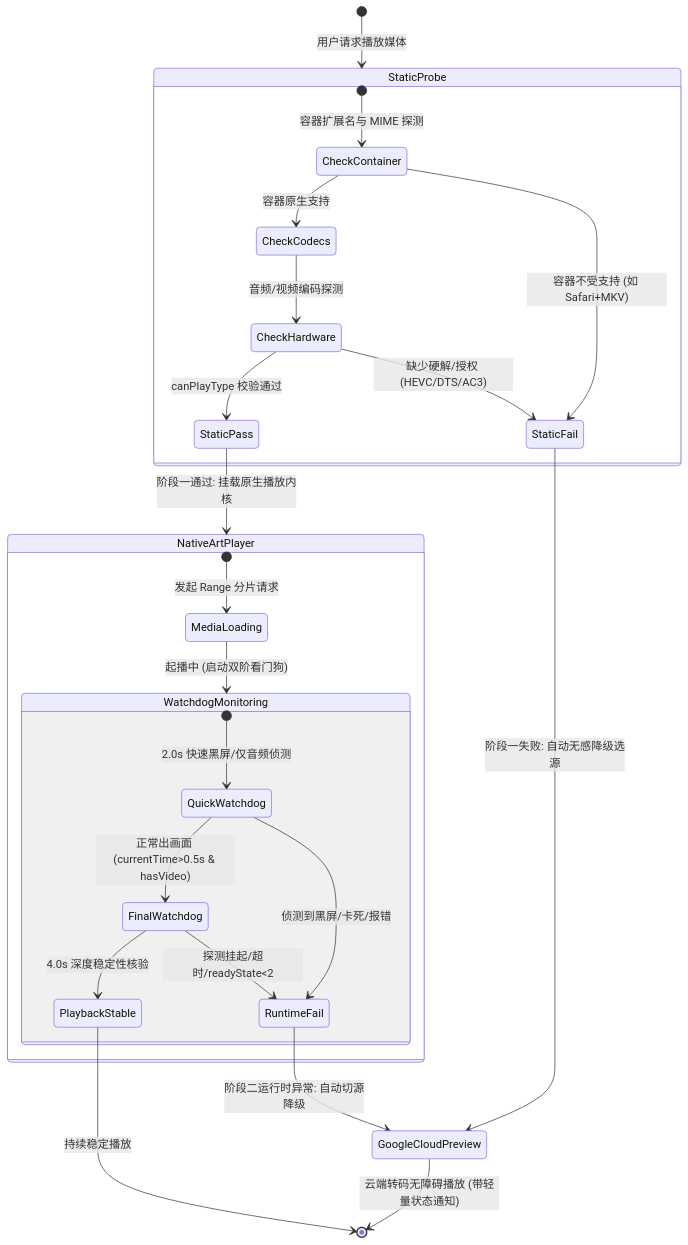
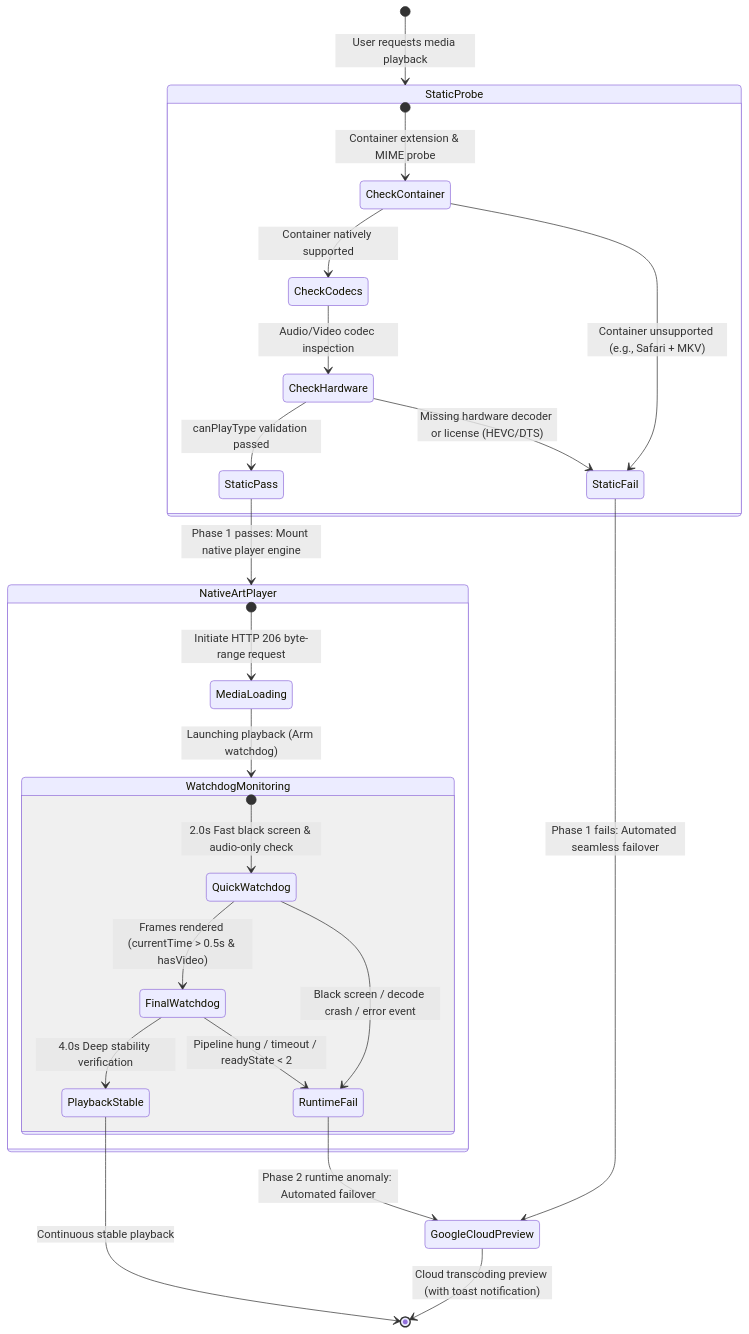
Before and after one commit to milangree/Cloudflare-Drive-Player: the diagram in docs/adr/0002-adaptive-playback-sandboxing-and-minimalist-player.md, drawn with Mermaid. The commit also changed other lines of this file and 21 other files, not shown here.

````diff
--- a/docs/adr/0002-adaptive-playback-sandboxing-and-minimalist-player.md
+++ b/docs/adr/0002-adaptive-playback-sandboxing-and-minimalist-player.md
@@ -42,33 +49,33 @@
 ```mermaid
 stateDiagram-v2
-    [*] --> StaticProbe: 用户请求播放媒体
+    [*] --> StaticProbe: User requests media playback
     
     state StaticProbe {
-        [*] --> CheckContainer: 容器扩展名与 MIME 探测
-        CheckContainer --> CheckCodecs: 容器原生支持
-        CheckContainer --> StaticFail: 容器不受支持 (如 Safari+MKV)
-        CheckCodecs --> CheckHardware: 音频/视频编码探测
-        CheckHardware --> StaticPass: canPlayType 校验通过
-        CheckHardware --> StaticFail: 缺少硬解/授权 (HEVC/DTS/AC3)
+        [*] --> CheckContainer: Container extension & MIME probe
+        CheckContainer --> CheckCodecs: Container natively supported
+        CheckContainer --> StaticFail: Container unsupported (e.g., Safari + MKV)
+        CheckCodecs --> CheckHardware: Audio/Video codec inspection
+        CheckHardware --> StaticPass: canPlayType validation passed
+        CheckHardware --> StaticFail: Missing hardware decoder or license (HEVC/DTS)
     }
 
-    StaticPass --> NativeArtPlayer: 阶段一通过: 挂载原生播放内核
-    StaticFail --> GoogleCloudPreview: 阶段一失败: 自动无感降级选源
+    StaticPass --> NativeArtPlayer: Phase 1 passes: Mount native player engine
+    StaticFail --> GoogleCloudPreview: Phase 1 fails: Automated seamless failover
 
     state NativeArtPlayer {
-        [*] --> MediaLoading: 发起 Range 分片请求
-        MediaLoading --> WatchdogMonitoring: 起播中 (启动双阶看门狗)
+        [*] --> MediaLoading: Initiate HTTP 206 byte-range request
+        MediaLoading --> WatchdogMonitoring: Launching playback (Arm watchdog)
         
         state WatchdogMonitoring {
-            [*] --> QuickWatchdog: 2.0s 快速黑屏/仅音频侦测
-            QuickWatchdog --> FinalWatchdog: 正常出画面 (currentTime>0.5s & hasVideo)
-            QuickWatchdog --> RuntimeFail: 侦测到黑屏/卡死/报错
-            FinalWatchdog --> PlaybackStable: 4.0s 深度稳定性核验
-            FinalWatchdog --> RuntimeFail: 探测挂起/超时/readyState<2
+            [*] --> QuickWatchdog: 2.0s Fast black screen & audio-only check
+            QuickWatchdog --> FinalWatchdog: Frames rendered (currentTime > 0.5s & hasVideo)
+            QuickWatchdog --> RuntimeFail: Black screen / decode crash / error event
+            FinalWatchdog --> PlaybackStable: 4.0s Deep stability verification
+            FinalWatchdog --> RuntimeFail: Pipeline hung / timeout / readyState < 2
         }
     }
 
-    RuntimeFail --> GoogleCloudPreview: 阶段二运行时异常: 自动切源降级
-    PlaybackStable --> [*]: 持续稳定播放
-    GoogleCloudPreview --> [*]: 云端转码无障碍播放 (带轻量状态通知)
+    RuntimeFail --> GoogleCloudPreview: Phase 2 runtime anomaly: Automated failover
+    PlaybackStable --> [*]: Continuous stable playback
+    GoogleCloudPreview --> [*]: Cloud transcoding preview (with toast notification)
 ```
````
